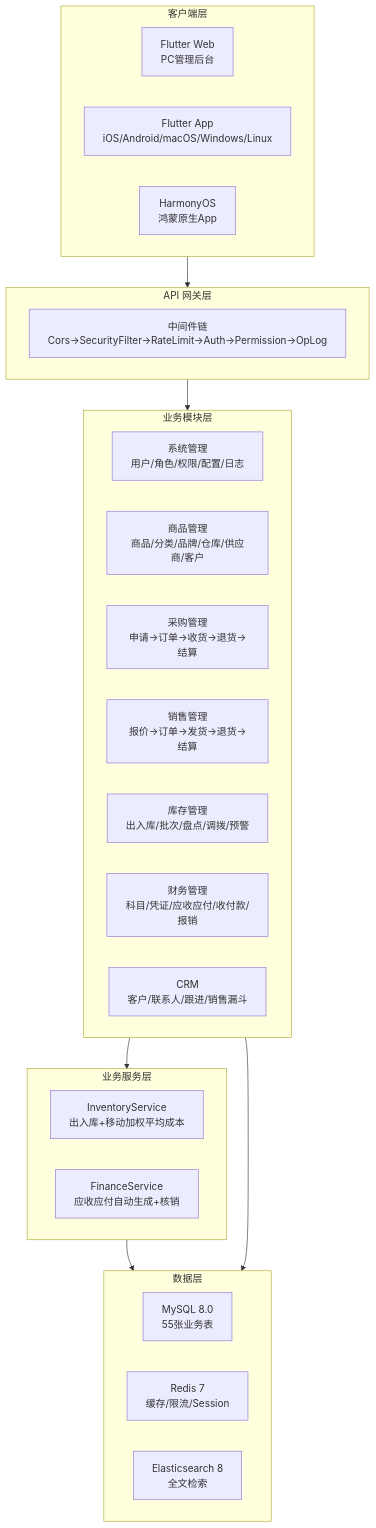
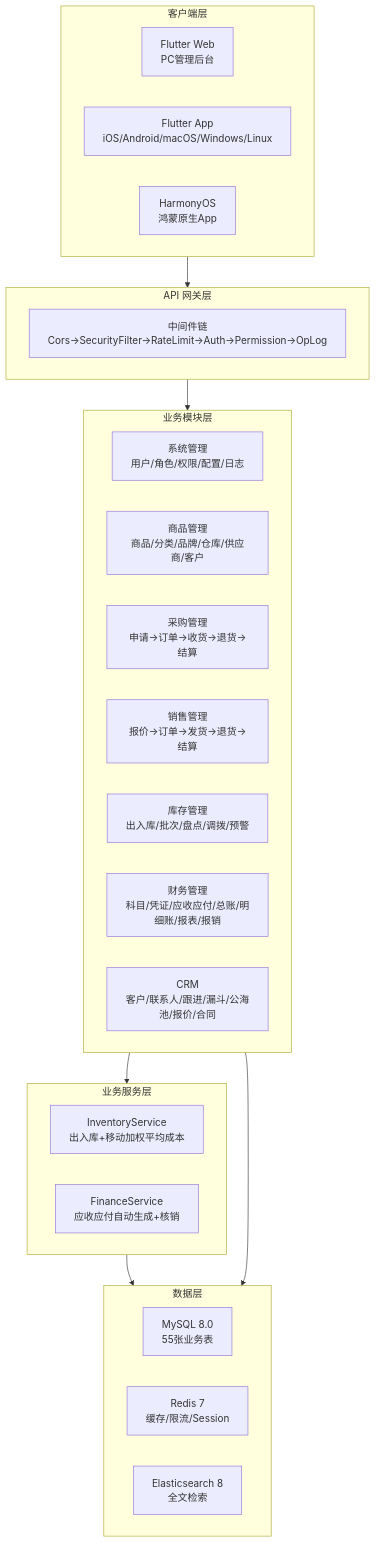
Before and after one commit to erikwang2013/erp-php: diagram 15 of 17 in docs/ARCHITECTURE.md, drawn with Mermaid. The commit also changed other lines of this file and 6 other files, not shown here.

Commit message:
docs: update all documentation for finance ledger/reports and CRM pool/quotation/contract expansion

````diff
--- a/docs/ARCHITECTURE.md
+++ b/docs/ARCHITECTURE.md
@@ -703,40 +703,40 @@
 ```mermaid
 graph TB
     subgraph Client["客户端层"]
         FW["Flutter Web<br/>PC管理后台"]
         FA["Flutter App<br/>iOS/Android/macOS/Windows/Linux"]
         HW["HarmonyOS<br/>鸿蒙原生App"]
     end
 
     subgraph Gateway["API 网关层"]
         MW["中间件链<br/>Cors→SecurityFilter→RateLimit→Auth→Permission→OpLog"]
     end
 
     subgraph Business["业务模块层"]
         direction LR
         Admin["系统管理<br/>用户/角色/权限/配置/日志"]
         Product["商品管理<br/>商品/分类/品牌/仓库/供应商/客户"]
         Purchase["采购管理<br/>申请→订单→收货→退货→结算"]
         Sales["销售管理<br/>报价→订单→发货→退货→结算"]
         Inventory["库存管理<br/>出入库/批次/盘点/调拨/预警"]
-        Finance["财务管理<br/>科目/凭证/应收应付/收付款/报销"]
-        CRM["CRM<br/>客户/联系人/跟进/销售漏斗"]
+        Finance["财务管理<br/>科目/凭证/应收应付/总账/明细账/报表/报销"]
+        CRM["CRM<br/>客户/联系人/跟进/漏斗/公海池/报价/合同"]
     end
 
     subgraph Service["业务服务层"]
         IS["InventoryService<br/>出入库+移动加权平均成本"]
         FS["FinanceService<br/>应收应付自动生成+核销"]
     end
 
     subgraph Data["数据层"]
         MySQL["MySQL 8.0<br/>55张业务表"]
         Redis["Redis 7<br/>缓存/限流/Session"]
         ES["Elasticsearch 8<br/>全文检索"]
     end
 
     Client --> Gateway
     Gateway --> Business
     Business --> Service
     Service --> Data
     Business --> Data
 ```
````
